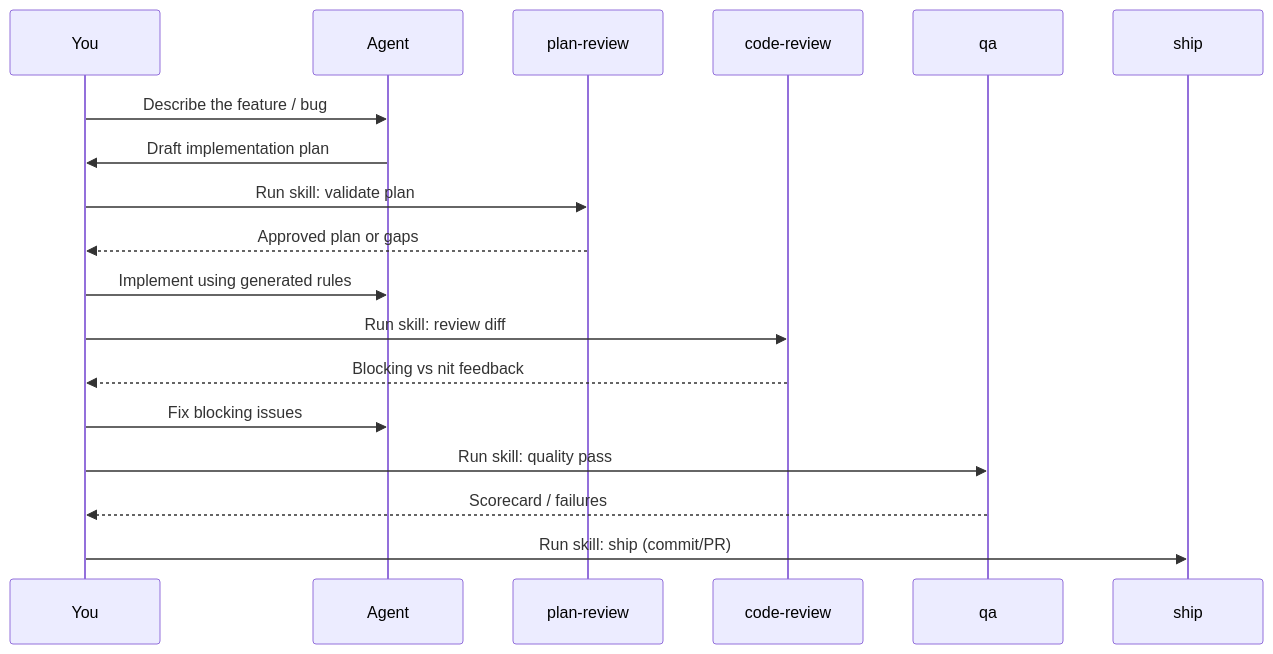
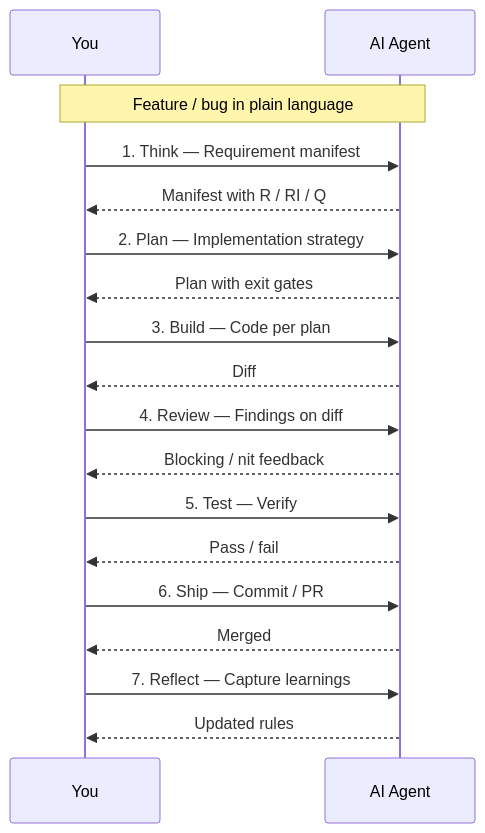
Before and after one commit to JeelVankhede/backend-ai-starter-recipes: the diagram in website/guide/6-workflow.md, drawn with Mermaid. The commit also changed other lines of this file and 31 other files, not shown here.

````diff
--- a/website/guide/6-workflow.md
+++ b/website/guide/6-workflow.md
@@ -7,20 +5,20 @@
 ```mermaid
 sequenceDiagram
   participant You
-  participant Agent
-  participant PlanReview as plan-review
-  participant CodeReview as code-review
-  participant QA as qa
-  participant Ship as ship
-  You->>Agent: Describe the feature / bug
-  Agent->>You: Draft implementation plan
-  You->>PlanReview: Run skill: validate plan
-  PlanReview-->>You: Approved plan or gaps
-  You->>Agent: Implement using generated rules
-  You->>CodeReview: Run skill: review diff
-  CodeReview-->>You: Blocking vs nit feedback
-  You->>Agent: Fix blocking issues
-  You->>QA: Run skill: quality pass
-  QA-->>You: Scorecard / failures
-  You->>Ship: Run skill: ship (commit/PR)
+  participant AI as AI Agent
+  Note over You,AI: Feature / bug in plain language
+  You->>AI: 1. Think — Requirement manifest
+  AI-->>You: Manifest with R / RI / Q
+  You->>AI: 2. Plan — Implementation strategy
+  AI-->>You: Plan with exit gates
+  You->>AI: 3. Build — Code per plan
+  AI-->>You: Diff
+  You->>AI: 4. Review — Findings on diff
+  AI-->>You: Blocking / nit feedback
+  You->>AI: 5. Test — Verify
+  AI-->>You: Pass / fail
+  You->>AI: 6. Ship — Commit / PR
+  AI-->>You: Merged
+  You->>AI: 7. Reflect — Capture learnings
+  AI-->>You: Updated rules
 ```
````
